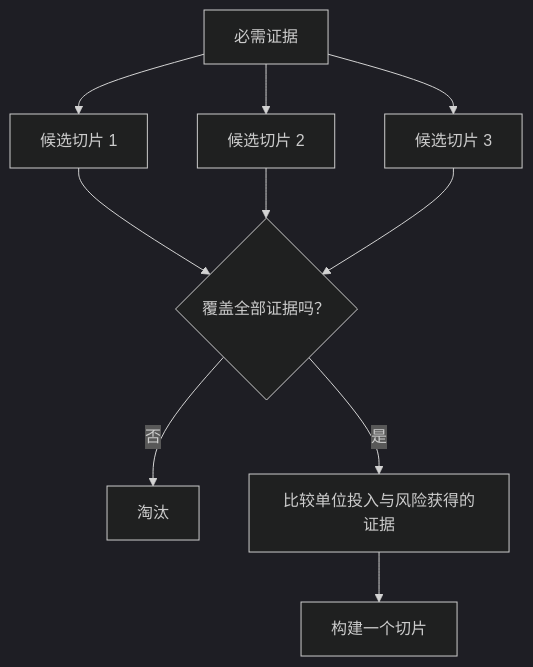
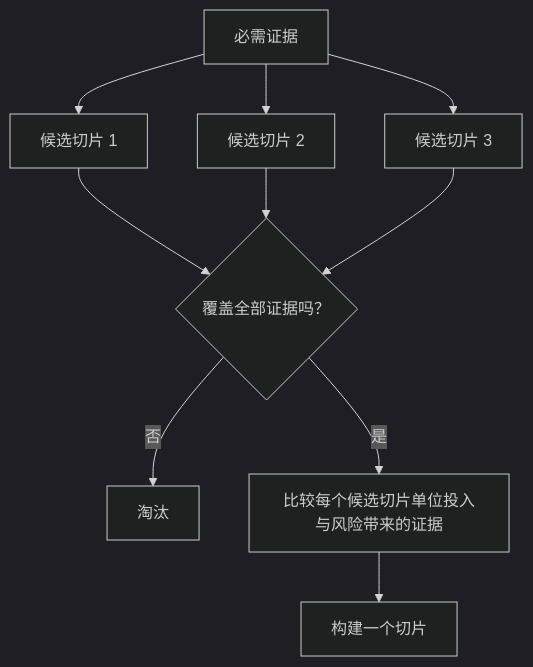
Before and after one commit to fancyboi999/ai-engineering-from-scratch-zh: the diagram in phases/14-agent-engineering/50-choose-the-smallest-testable-slice/docs/zh.md, drawn with Mermaid (dark theme). The commit also changed 1619 other files, not shown here.

````diff
--- a/phases/14-agent-engineering/50-choose-the-smallest-testable-slice/docs/zh.md
+++ b/phases/14-agent-engineering/50-choose-the-smallest-testable-slice/docs/zh.md
@@ -43,12 +43,12 @@
 ```mermaid
 flowchart TD
   R[必需证据] --> C1[候选切片 1]
   R --> C2[候选切片 2]
   R --> C3[候选切片 3]
   C1 --> G{覆盖全部证据吗？}
   C2 --> G
   C3 --> G
   G -->|否| X[淘汰]
-  G -->|是| S[比较单位投入与风险获得的证据]
+  G -->|是| S[比较每个候选切片单位投入与风险带来的证据]
   S --> B[构建一个切片]
 ```
````
